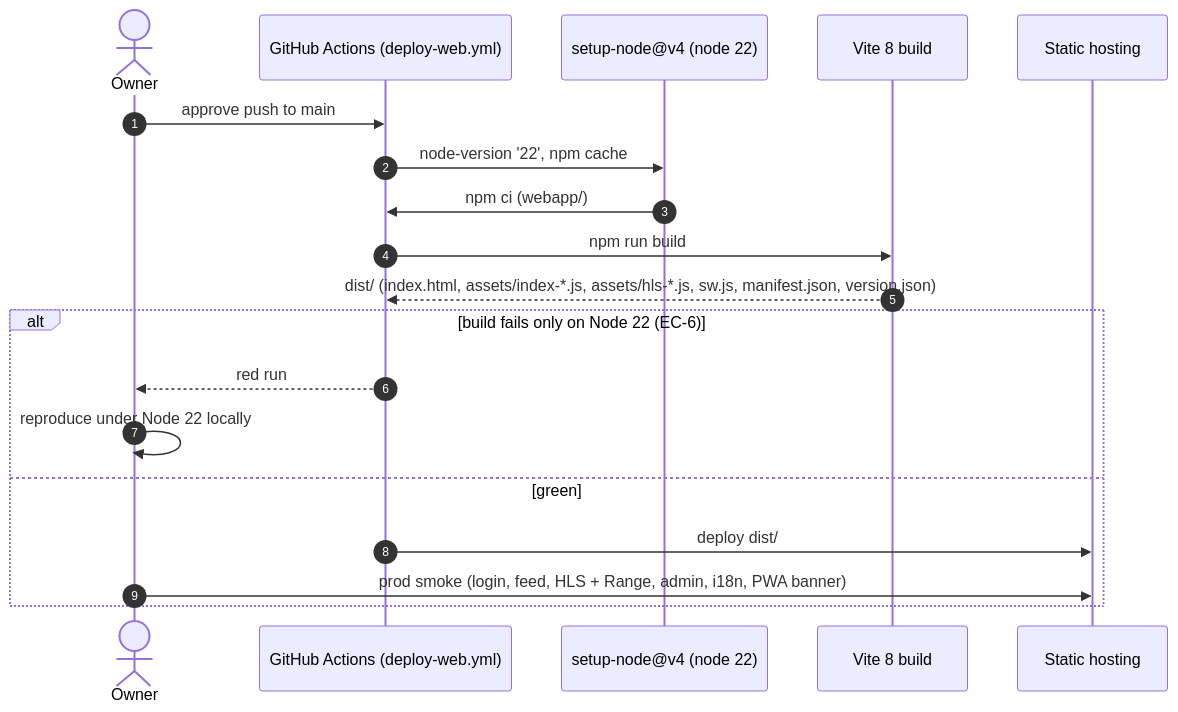
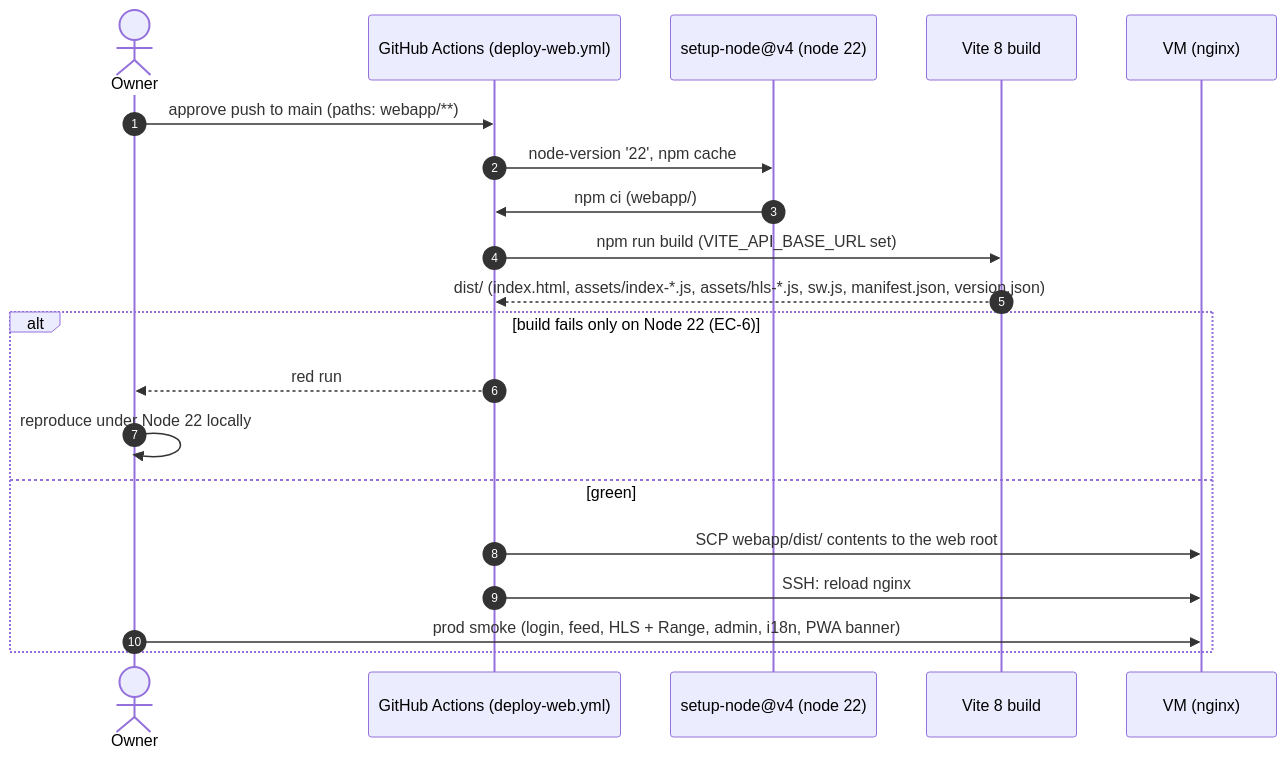
Before and after one commit to nguyenhuuca/assessment: the second of 4 diagrams in docs/sequence/sequence-frontend-deps-upgrade.md, drawn with Mermaid. The commit also changed other lines of this file and 16 other files, not shown here.

First line of the commit message:
docs(sequence): bring all sequence diagrams in line with the current code

````diff
--- a/docs/sequence/sequence-frontend-deps-upgrade.md
+++ b/docs/sequence/sequence-frontend-deps-upgrade.md
@@ -49,22 +52,23 @@
 ```mermaid
 sequenceDiagram
     autonumber
     actor O as Owner
     participant GH as GitHub Actions (deploy-web.yml)
     participant N as setup-node@v4 (node 22)
     participant V as Vite 8 build
-    participant Host as Static hosting
+    participant VM as VM (nginx)
 
-    O->>GH: approve push to main
+    O->>GH: approve push to main (paths: webapp/**)
     GH->>N: node-version '22', npm cache
     N->>GH: npm ci (webapp/)
-    GH->>V: npm run build
+    GH->>V: npm run build (VITE_API_BASE_URL set)
     V-->>GH: dist/ (index.html, assets/index-*.js, assets/hls-*.js, sw.js, manifest.json, version.json)
     alt build fails only on Node 22 (EC-6)
         GH-->>O: red run
         O->>O: reproduce under Node 22 locally
     else green
-        GH->>Host: deploy dist/
-        O->>Host: prod smoke (login, feed, HLS + Range, admin, i18n, PWA banner)
+        GH->>VM: SCP webapp/dist/ contents to the web root
+        GH->>VM: SSH: reload nginx
+        O->>VM: prod smoke (login, feed, HLS + Range, admin, i18n, PWA banner)
     end
 ```
````
